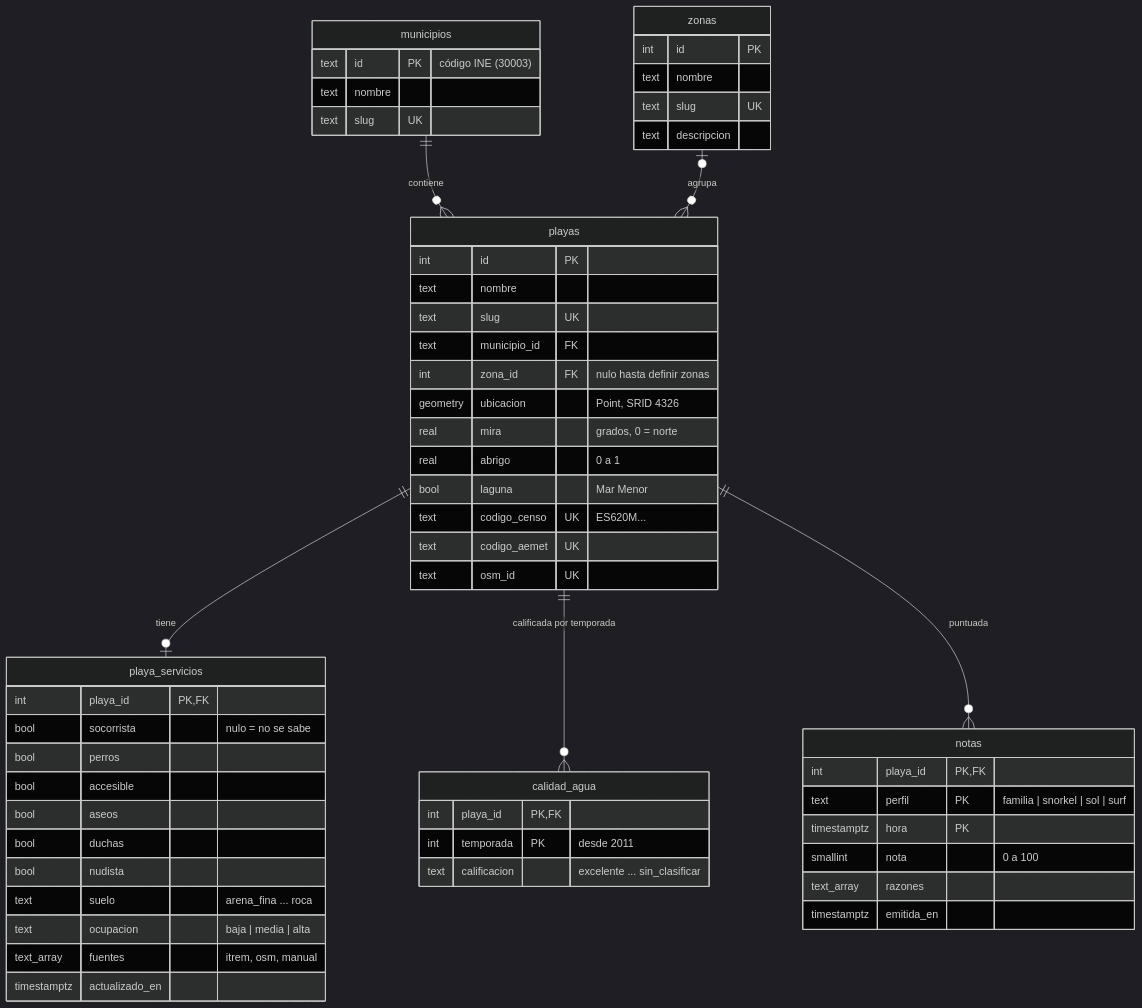
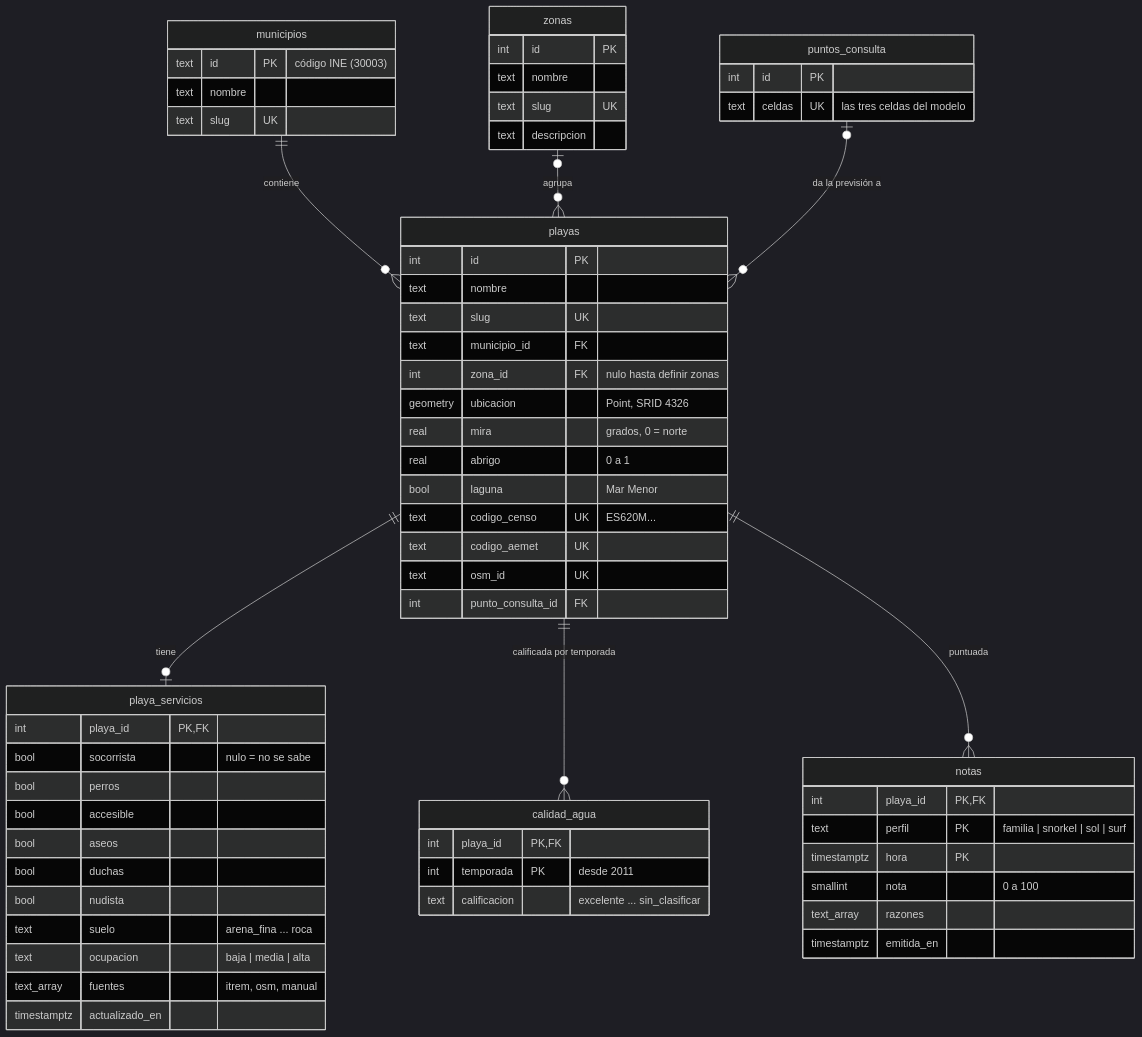
One commit to pdawgabriel-hub/playa-hoy changed the first of 2 diagrams in docs/modelo-datos.md. Above: the diagram before and after it, drawn with Mermaid (dark theme). The commit also changed other lines of this file and 10 other files, not shown here.

Commit message:
feat(jobs): agrupar playas cercanas en puntos de consulta para reducir llamadas

````diff
--- a/docs/modelo-datos.md
+++ b/docs/modelo-datos.md
@@ -11,65 +11,72 @@
 ```mermaid
 erDiagram
     municipios ||--o{ playas : "contiene"
     zonas |o--o{ playas : "agrupa"
     playas ||--o| playa_servicios : "tiene"
     playas ||--o{ calidad_agua : "calificada por temporada"
     playas ||--o{ notas : "puntuada"
+    puntos_consulta |o--o{ playas : "da la previsión a"
 
     municipios {
         text id PK "código INE (30003)"
         text nombre
         text slug UK
     }
 
     zonas {
         int id PK
         text nombre
         text slug UK
         text descripcion
     }
 
     playas {
         int id PK
         text nombre
         text slug UK
         text municipio_id FK
         int zona_id FK "nulo hasta definir zonas"
         geometry ubicacion "Point, SRID 4326"
         real mira "grados, 0 = norte"
         real abrigo "0 a 1"
         bool laguna "Mar Menor"
         text codigo_censo UK "ES620M..."
         text codigo_aemet UK
         text osm_id UK
+        int punto_consulta_id FK
     }
 
     playa_servicios {
         int playa_id PK, FK
         bool socorrista "nulo = no se sabe"
         bool perros
         bool accesible
         bool aseos
         bool duchas
         bool nudista
         text suelo "arena_fina ... roca"
         text ocupacion "baja | media | alta"
         text_array fuentes "itrem, osm, manual"
         timestamptz actualizado_en
     }
 
     calidad_agua {
         int playa_id PK, FK
         int temporada PK "desde 2011"
         text calificacion "excelente ... sin_clasificar"
     }
 
     notas {
         int playa_id PK, FK
         text perfil PK "familia | snorkel | sol | surf"
         timestamptz hora PK
         smallint nota "0 a 100"
         text_array razones
         timestamptz emitida_en
     }
+
+    puntos_consulta {
+        int id PK
+        text celdas UK "las tres celdas del modelo"
+    }
 ```
````
